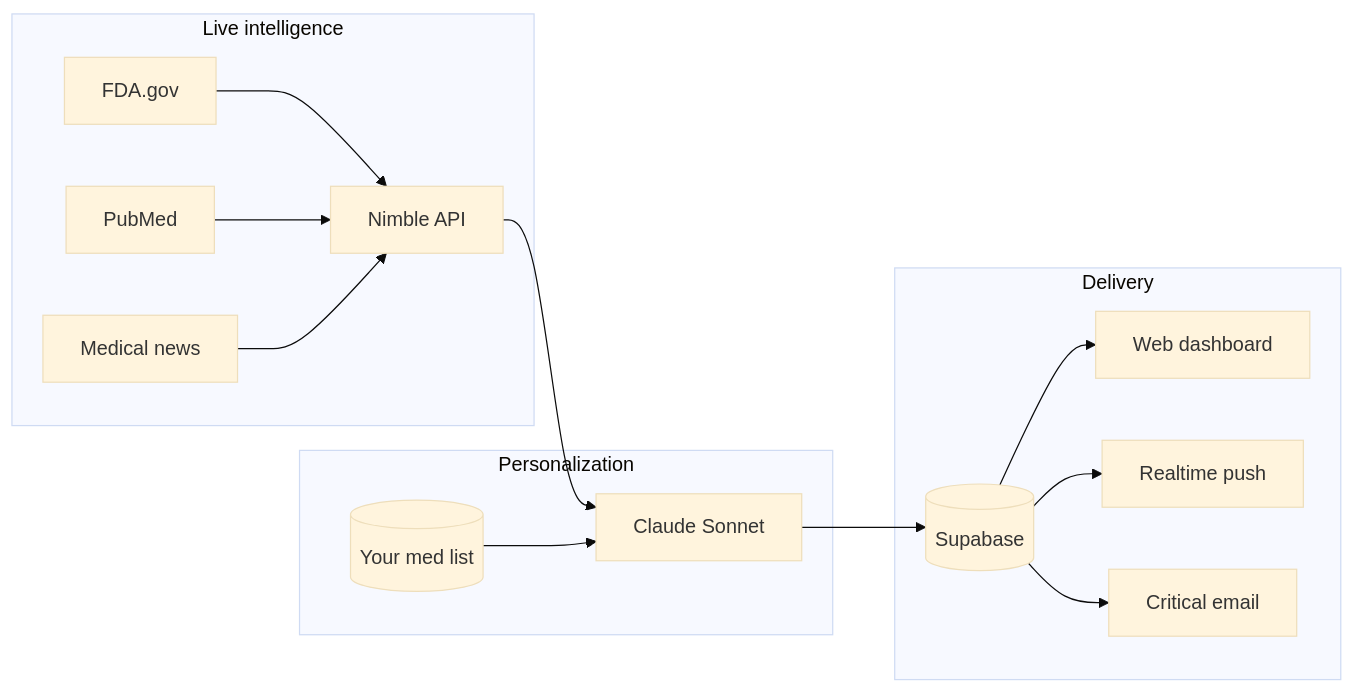
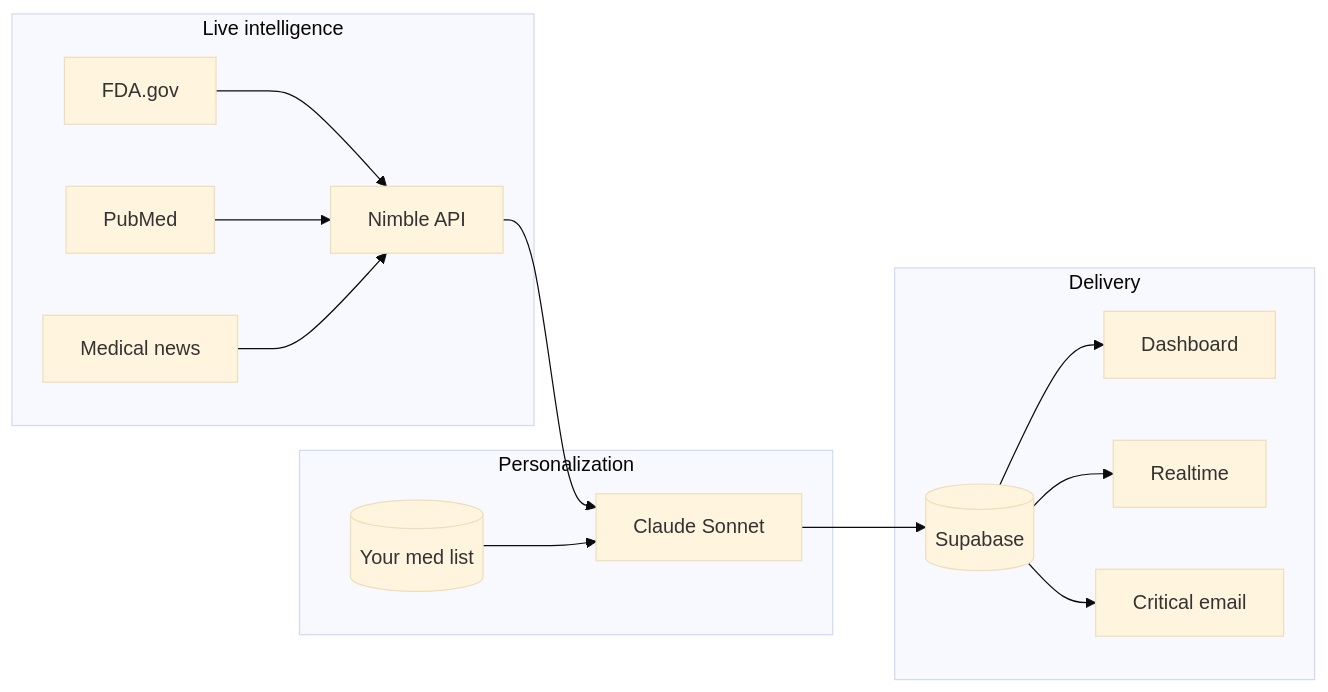
The diagram in README.md (adindamochamad/mediaguard-ai), drawn with Mermaid (base theme) before and after one commit. The commit also changed other lines of this file and 4 other files, not shown here.

````diff
--- a/README.md
+++ b/README.md
@@ -53,24 +55,24 @@
 ```mermaid
 flowchart LR
   subgraph ingest [Live intelligence]
     FDA[FDA.gov]
     PM[PubMed]
     NEWS[Medical news]
     N[Nimble API]
     FDA --> N
     PM --> N
     NEWS --> N
   end
   subgraph ai [Personalization]
     C[Claude Sonnet]
     N --> C
     M[(Your med list)]
     M --> C
   end
   subgraph deliver [Delivery]
     C --> DB[(Supabase)]
-    DB --> WEB[Web dashboard]
-    DB --> RT[Realtime push]
+    DB --> WEB[Dashboard]
+    DB --> RT[Realtime]
     DB --> EM[Critical email]
   end
 ```
````
